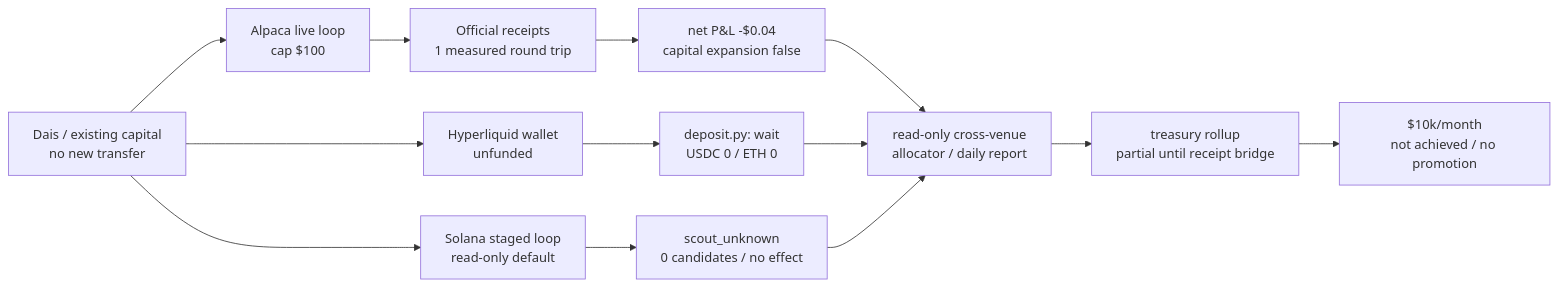
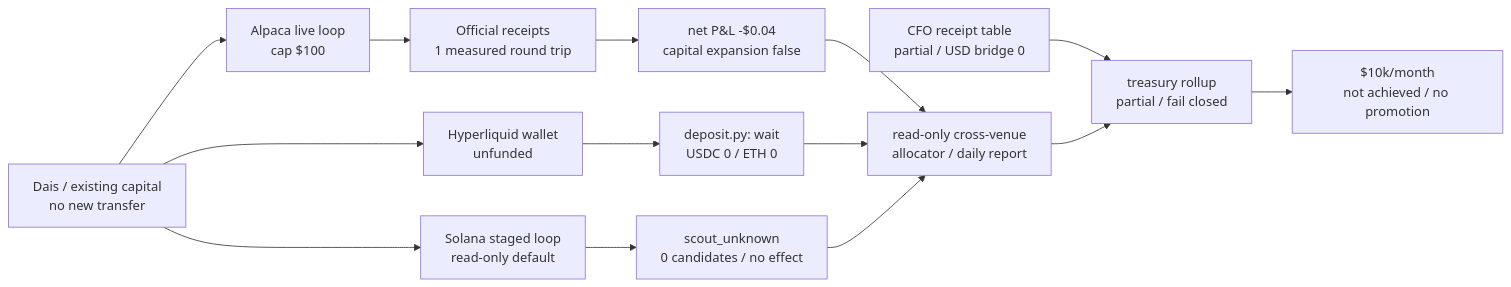
The first of 2 diagrams in docs/superpowers/plans/2026-09-28-investment-loop-generational-wealth.md (Daisuke134/life-manager), drawn with Mermaid before and after one commit. The commit also changed other lines of this file, not shown here.

Commit message:
docs(investment): close CFO treasury bridge task

````diff
--- a/docs/superpowers/plans/2026-09-28-investment-loop-generational-wealth.md
+++ b/docs/superpowers/plans/2026-09-28-investment-loop-generational-wealth.md
@@ -38,17 +38,18 @@
 ```mermaid
 flowchart LR
     Owner["Dais / existing capital\nno new transfer"] --> Alpaca["Alpaca live loop\ncap $100"]
     Owner --> HL["Hyperliquid wallet\nunfunded"]
     Owner --> Sol["Solana staged loop\nread-only default"]
 
     Alpaca --> AReceipt["Official receipts\n1 measured round trip"]
     AReceipt --> APerf["net P&L -$0.04\ncapital expansion false"]
     HL --> HLWait["deposit.py: wait\nUSDC 0 / ETH 0"]
     Sol --> SolScout["scout_unknown\n0 candidates / no effect"]
 
     APerf --> Allocator["read-only cross-venue\nallocator / daily report"]
     HLWait --> Allocator
     SolScout --> Allocator
-    Allocator --> Treasury["treasury rollup\npartial until receipt bridge"]
+    CFO["CFO receipt table\npartial / USD bridge 0"] --> Treasury
+    Allocator --> Treasury["treasury rollup\npartial / fail closed"]
     Treasury --> Target["$10k/month\nnot achieved / no promotion"]
 ```
````
